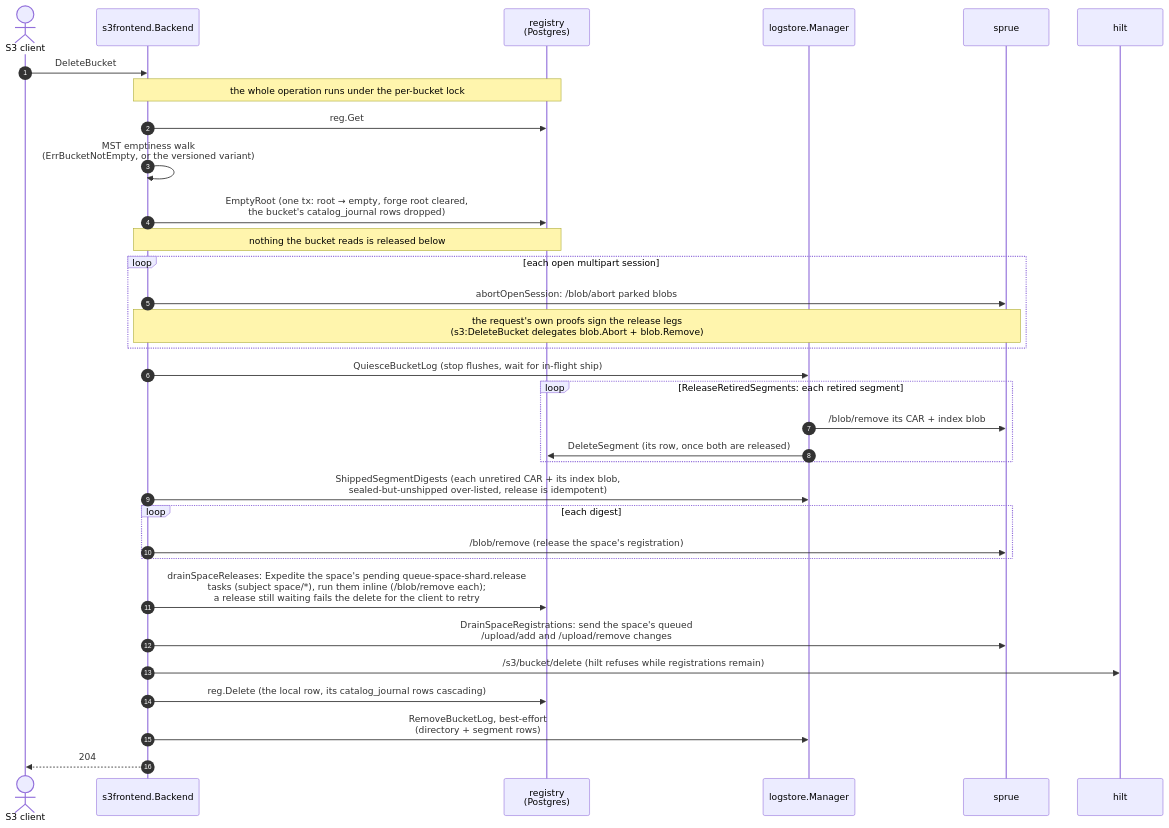
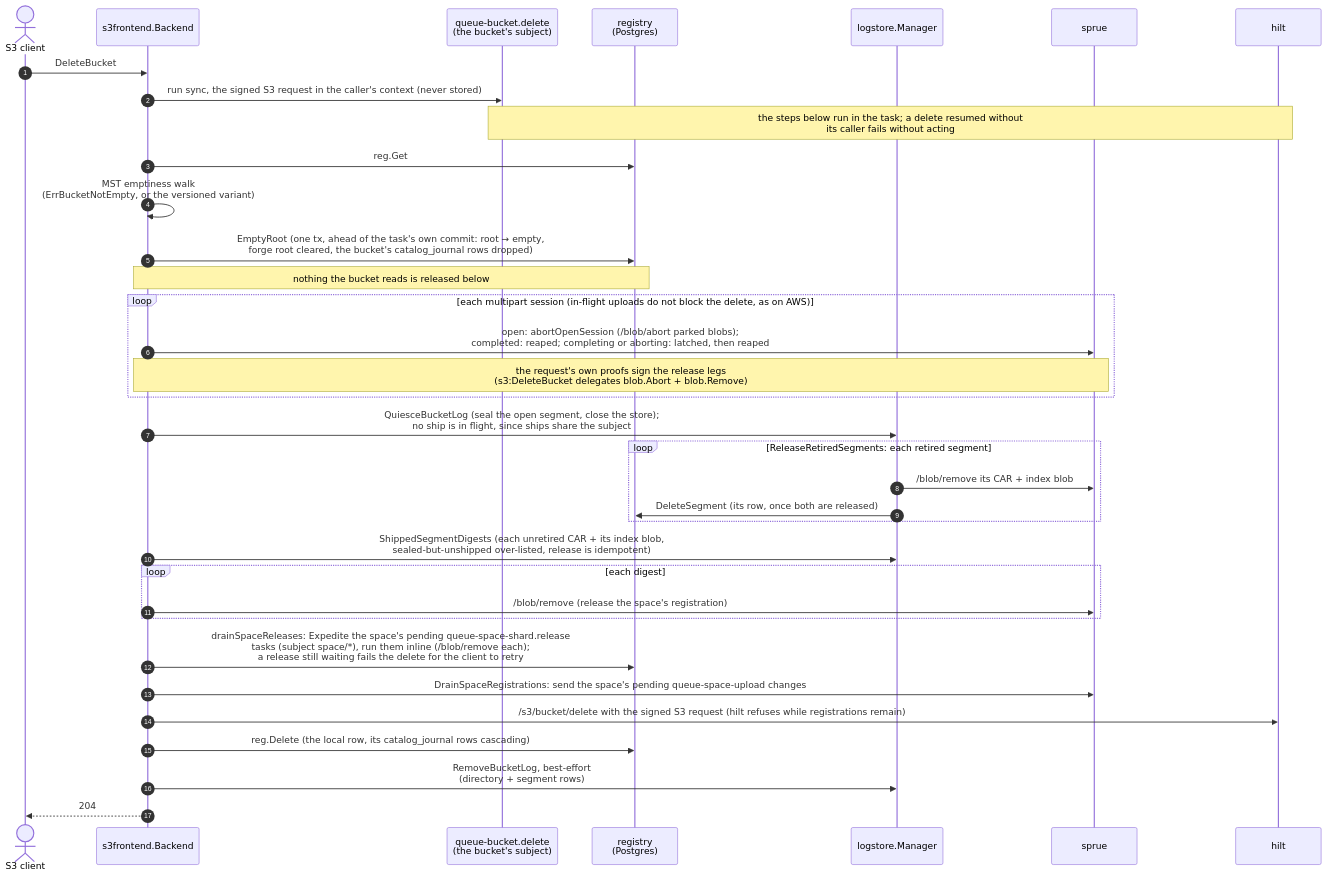
One commit to fil-forge/ingot changed diagram 15 of 15 in docs/diagrams.md. Above: the diagram before and after it, drawn with Mermaid. The commit also changed other lines of this file and 65 other files, not shown here.

First line of the commit message:
feat: run bucket changes on a queue-bucket task queue (#349)

````diff
--- a/docs/diagrams.md
+++ b/docs/diagrams.md
@@ -1247,36 +1264,38 @@
 ```mermaid
 sequenceDiagram
     autonumber
     actor C as S3 client
     participant B as s3frontend.Backend
+    participant Q as queue-bucket.delete<br/>(the bucket's subject)
     participant R as registry<br/>(Postgres)
     participant L as logstore.Manager
     participant U as sprue
     participant H as hilt
 
     C->>B: DeleteBucket
-    Note over B,R: the whole operation runs under the per-bucket lock
+    B->>Q: run sync, the signed S3 request in the caller's context (never stored)
+    Note over Q,H: the steps below run in the task#59; a delete resumed without<br/>its caller fails without acting
     B->>R: reg.Get
     B->>B: MST emptiness walk<br/>(ErrBucketNotEmpty, or the versioned variant)
-    B->>R: EmptyRoot (one tx: root → empty, forge root cleared,<br/>the bucket's catalog_journal rows dropped)
+    B->>R: EmptyRoot (one tx, ahead of the task's own commit: root → empty,<br/>forge root cleared, the bucket's catalog_journal rows dropped)
     Note over B,R: nothing the bucket reads is released below
-    loop each open multipart session
-        B->>U: abortOpenSession: /blob/abort parked blobs
+    loop each multipart session (in-flight uploads do not block the delete, as on AWS)
+        B->>U: open: abortOpenSession (/blob/abort parked blobs)#59;<br/>completed: reaped#59; completing or aborting: latched, then reaped
         Note over B,U: the request's own proofs sign the release legs<br/>(s3:DeleteBucket delegates blob.Abort + blob.Remove)
     end
-    B->>L: QuiesceBucketLog (stop flushes, wait for in-flight ship)
+    B->>L: QuiesceBucketLog (seal the open segment, close the store)#59;<br/>no ship is in flight, since ships share the subject
     loop ReleaseRetiredSegments: each retired segment
         L->>U: /blob/remove its CAR + index blob
         L->>R: DeleteSegment (its row, once both are released)
     end
     B->>L: ShippedSegmentDigests (each unretired CAR + its index blob,<br/>sealed-but-unshipped over-listed, release is idempotent)
     loop each digest
         B->>U: /blob/remove (release the space's registration)
     end
     B->>R: drainSpaceReleases: Expedite the space's pending queue-space-shard.release<br/>tasks (subject space/*), run them inline (/blob/remove each)#59;<br/>a release still waiting fails the delete for the client to retry
-    B->>U: DrainSpaceRegistrations: send the space's queued<br/>/upload/add and /upload/remove changes
-    B->>H: /s3/bucket/delete (hilt refuses while registrations remain)
+    B->>U: DrainSpaceRegistrations: send the space's pending queue-space-upload changes
+    B->>H: /s3/bucket/delete with the signed S3 request (hilt refuses while registrations remain)
     B->>R: reg.Delete (the local row, its catalog_journal rows cascading)
     B->>L: RemoveBucketLog, best-effort<br/>(directory + segment rows)
     B-->>C: 204
 ```
````
